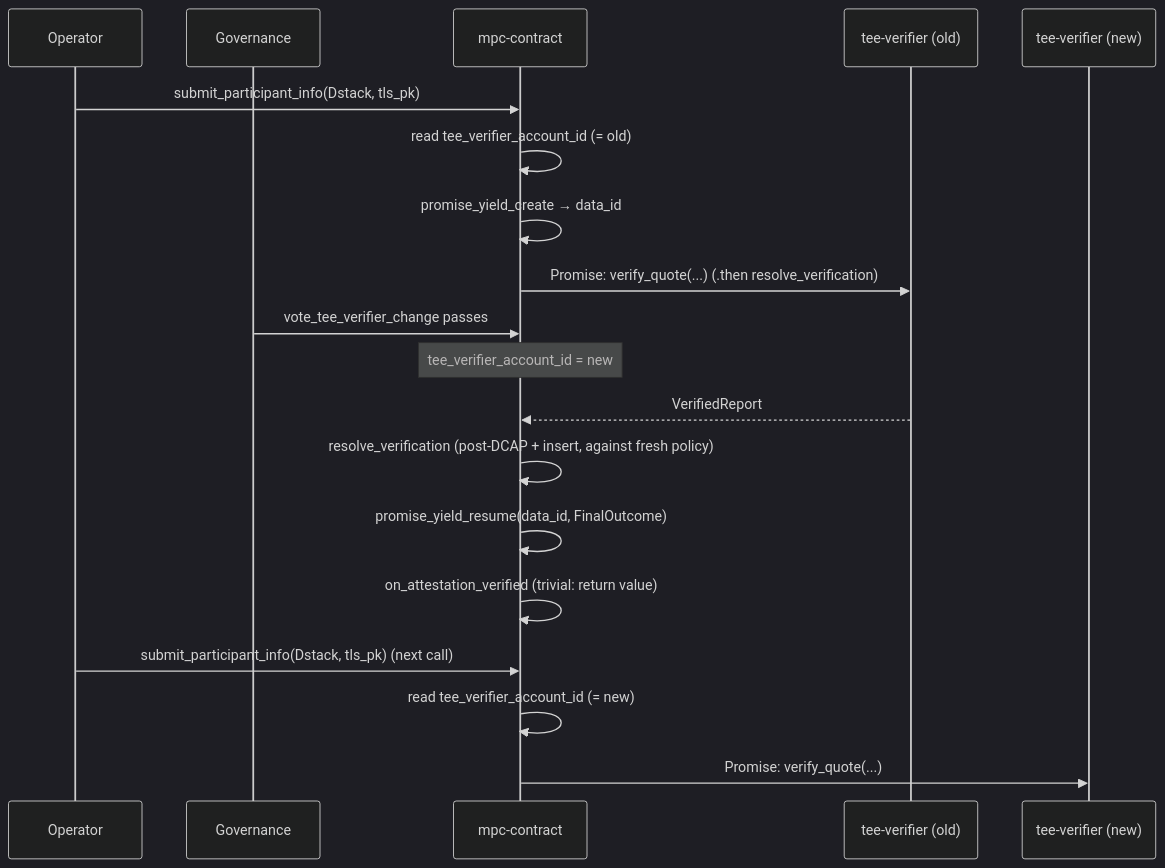
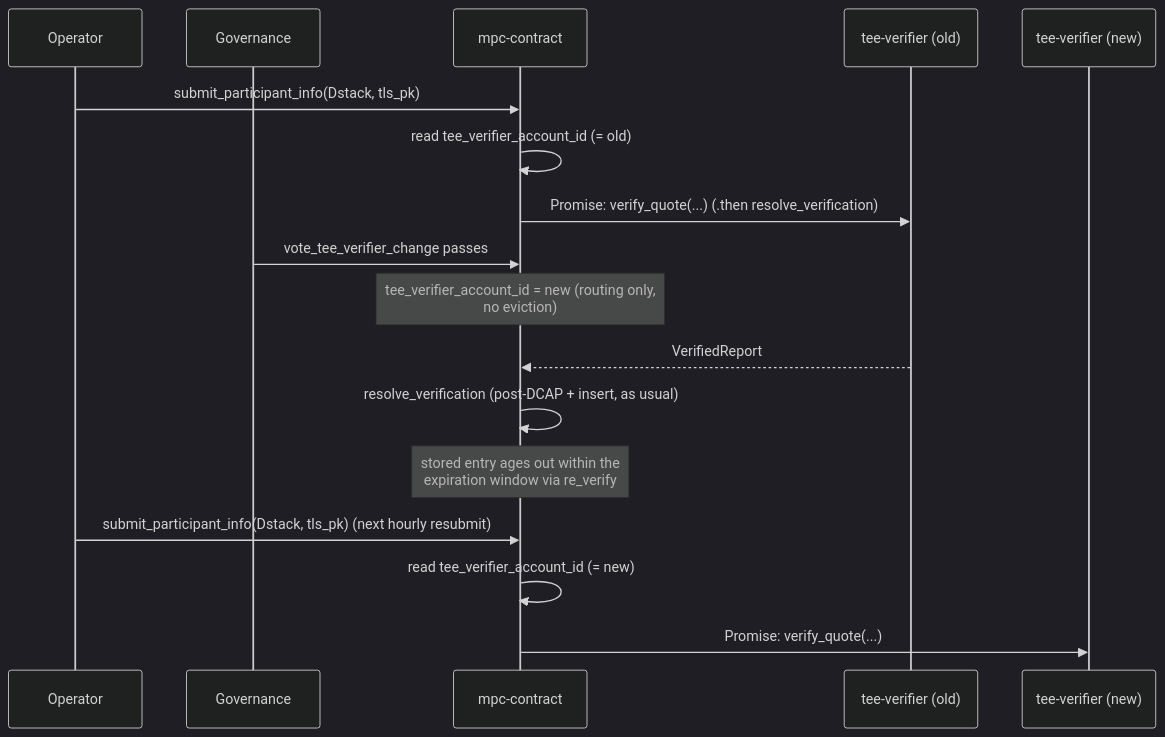
The sixth of 6 diagrams in docs/design/attestation-verifier-contract.md (near/mpc), drawn with Mermaid (dark theme) before and after one commit. The commit also changed other lines of this file, not shown here.

Commit message:
docs(design): clarify verifier-rotation eviction in `attestation-verifier-contract.md` (#3376)

````diff
--- a/docs/design/attestation-verifier-contract.md
+++ b/docs/design/attestation-verifier-contract.md
@@ -323,25 +336,23 @@
 ```mermaid
 sequenceDiagram
     participant Op as Operator
     participant Gov as Governance
     participant MPC as mpc-contract
     participant VerOld as tee-verifier (old)
     participant VerNew as tee-verifier (new)
 
     Op->>MPC: submit_participant_info(Dstack, tls_pk)
     MPC->>MPC: read tee_verifier_account_id (= old)
-    MPC->>MPC: promise_yield_create → data_id
     MPC->>VerOld: Promise: verify_quote(...) (.then resolve_verification)
 
     Gov->>MPC: vote_tee_verifier_change passes
-    Note over MPC: tee_verifier_account_id = new
+    Note over MPC: tee_verifier_account_id = new (routing only,<br/>no eviction)
 
     VerOld-->>MPC: VerifiedReport
-    MPC->>MPC: resolve_verification (post-DCAP + insert, against fresh policy)
-    MPC->>MPC: promise_yield_resume(data_id, FinalOutcome)
-    MPC->>MPC: on_attestation_verified (trivial: return value)
+    MPC->>MPC: resolve_verification (post-DCAP + insert, as usual)
+    Note over MPC: stored entry ages out within the<br/>expiration window via re_verify
 
-    Op->>MPC: submit_participant_info(Dstack, tls_pk) (next call)
+    Op->>MPC: submit_participant_info(Dstack, tls_pk) (next hourly resubmit)
     MPC->>MPC: read tee_verifier_account_id (= new)
     MPC->>VerNew: Promise: verify_quote(...)
 ```
````
